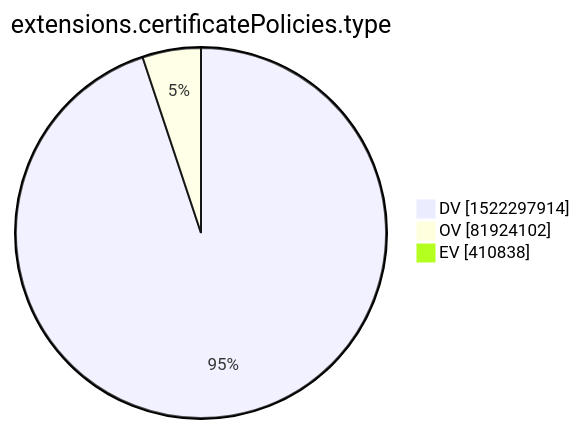
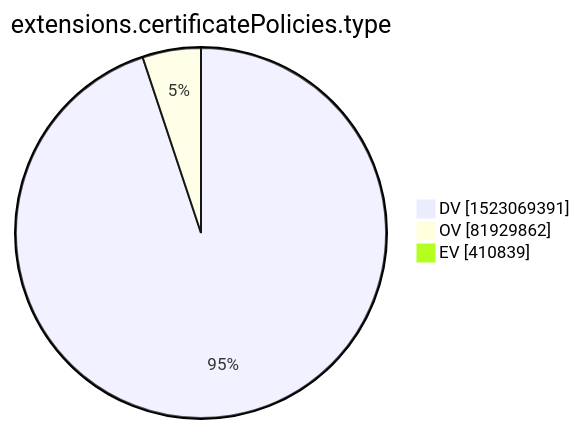
Before and after one commit to christiankrug/ctmonitor_visualization: the tenth of 15 diagrams in xenon2022/README.md, drawn with Mermaid. The commit also changed other lines of this file, not shown here.

````diff
--- a/xenon2022/README.md
+++ b/xenon2022/README.md
@@ -2875,7 +2875,7 @@
 ```mermaid
 pie showData
 title extensions.certificatePolicies.type
-"DV" :1522297914
-"OV" :81924102
-"EV" :410838
+"DV" :1523069391
+"OV" :81929862
+"EV" :410839
 ```
````
